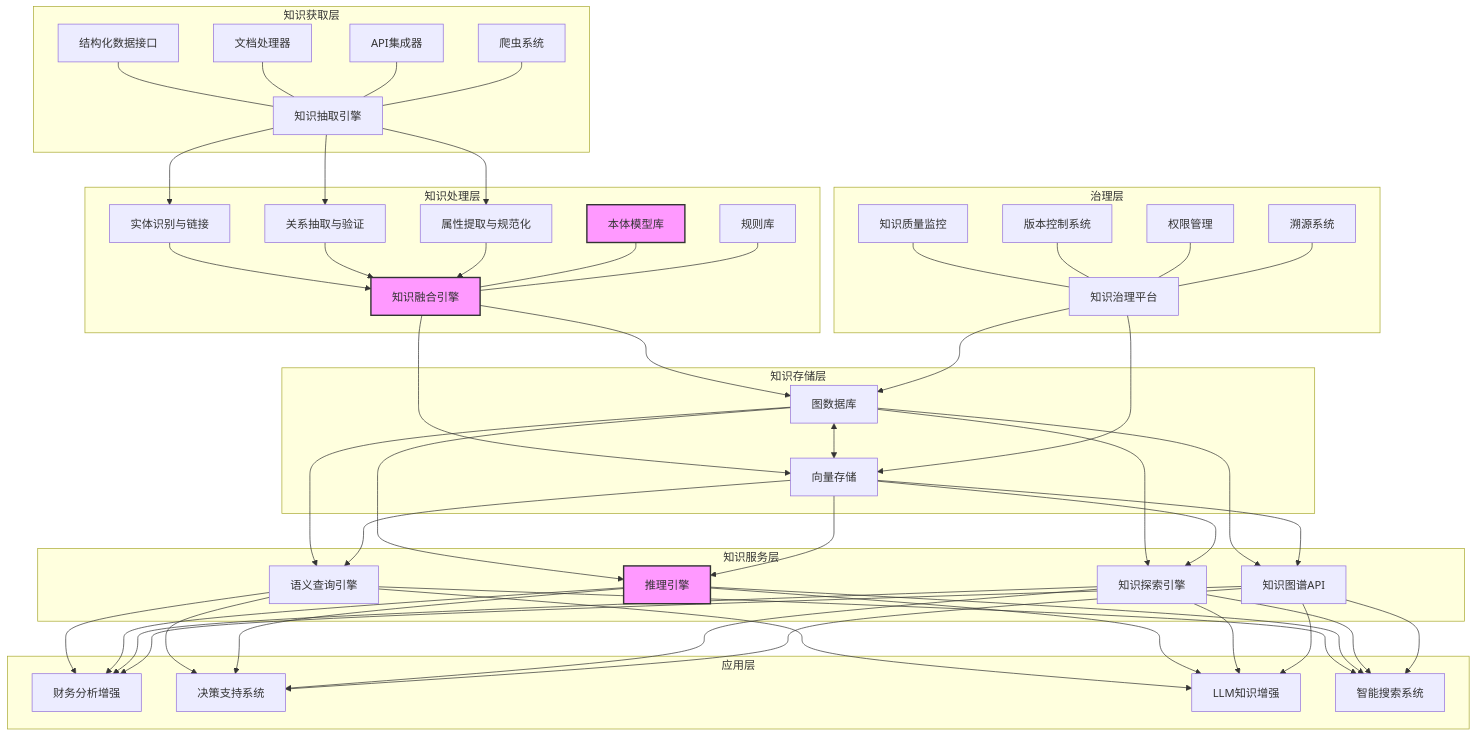
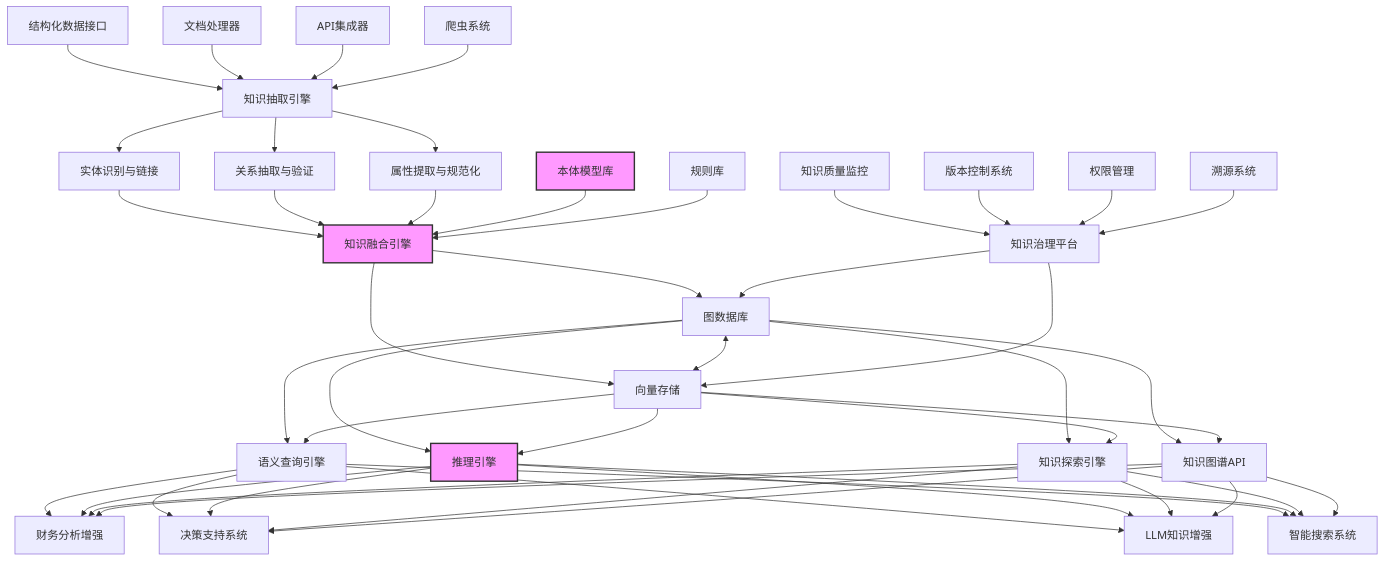
Before and after one commit to amcoimg/my-digital-garden: the diagram in src/site/notes/知识共享/001_财务/99_其他/AI与财务应用/05_财务人工智能系统架构/5.2 数据基础设施/5.2 财务知识图谱构建.md, drawn with Mermaid.

Commit message:
Published multiple files

````diff
--- a/src/site/notes/知识共享/001_财务/99_其他/AI与财务应用/05_财务人工智能系统架构/5.2 数据基础设施/5.2 财务知识图谱构建.md
+++ b/src/site/notes/知识共享/001_财务/99_其他/AI与财务应用/05_财务人工智能系统架构/5.2 数据基础设施/5.2 财务知识图谱构建.md
@@ -42,49 +42,57 @@
 ```mermaid
 graph TB
-    subgraph "知识获取层"
-        A1[结构化数据接口] --- A[知识抽取引擎]
-        A2[文档处理器] --- A
-        A3[API集成器] --- A
-        A4[爬虫系统] --- A
-    end
-    
-    subgraph "知识处理层"
-        A --> B1[实体识别与链接]
-        A --> B2[关系抽取与验证]
-        A --> B3[属性提取与规范化]
-        B1 & B2 & B3 --> B[知识融合引擎]
-        C1[本体模型库] --- B
-        C2[规则库] --- B
-    end
-    
-    subgraph "知识存储层"
-        B --> D[图数据库]
-        B --> E[向量存储]
-        D <--> E
-    end
-    
-    subgraph "知识服务层"
-        D & E --> F1[语义查询引擎]
-        D & E --> F2[推理引擎]
-        D & E --> F3[知识探索引擎]
-        D & E --> F4[知识图谱API]
-    end
-    
-    subgraph "应用层"
-        F1 & F2 & F3 & F4 --> G1[财务分析增强]
-        F1 & F2 & F3 & F4 --> G2[决策支持系统]
-        F1 & F2 & F3 & F4 --> G3[LLM知识增强]
-        F1 & F2 & F3 & F4 --> G4[智能搜索系统]
-    end
-    
-    subgraph "治理层"
-        H1[知识质量监控] --- H[知识治理平台]
-        H2[版本控制系统] --- H
-        H3[权限管理] --- H
-        H4[溯源系统] --- H
-        H --> D & E
-    end
-    
-    classDef highlight fill:#f9f,stroke:#333,stroke-width:2px;
-    class C1,B,F2 highlight;
+  A1[结构化数据接口] --> A[知识抽取引擎]
+  A2[文档处理器] --> A
+  A3[API集成器] --> A
+  A4[爬虫系统] --> A
+  
+  A --> B1[实体识别与链接]
+  A --> B2[关系抽取与验证]
+  A --> B3[属性提取与规范化]
+  B1 --> B[知识融合引擎]
+  B2 --> B
+  B3 --> B
+  C1[本体模型库] --> B
+  C2[规则库] --> B
+  
+  B --> D[图数据库]
+  B --> E[向量存储]
+  D <--> E
+  
+  D --> F1[语义查询引擎]
+  E --> F1
+  D --> F2[推理引擎]
+  E --> F2
+  D --> F3[知识探索引擎]
+  E --> F3
+  D --> F4[知识图谱API]
+  E --> F4
+  
+  F1 --> G1[财务分析增强]
+  F2 --> G1
+  F3 --> G1
+  F4 --> G1
+  F1 --> G2[决策支持系统]
+  F2 --> G2
+  F3 --> G2
+  F4 --> G2
+  F1 --> G3[LLM知识增强]
+  F2 --> G3
+  F3 --> G3
+  F4 --> G3
+  F1 --> G4[智能搜索系统]
+  F2 --> G4
+  F3 --> G4
+  F4 --> G4
+  
+  H1[知识质量监控] --> H[知识治理平台]
+  H2[版本控制系统] --> H
+  H3[权限管理] --> H
+  H4[溯源系统] --> H
+  H --> D
+  H --> E
+  
+  style C1 fill:#f9f,stroke:#333,stroke-width:2px
+  style B fill:#f9f,stroke:#333,stroke-width:2px
+  style F2 fill:#f9f,stroke:#333,stroke-width:2px
 ```
````
